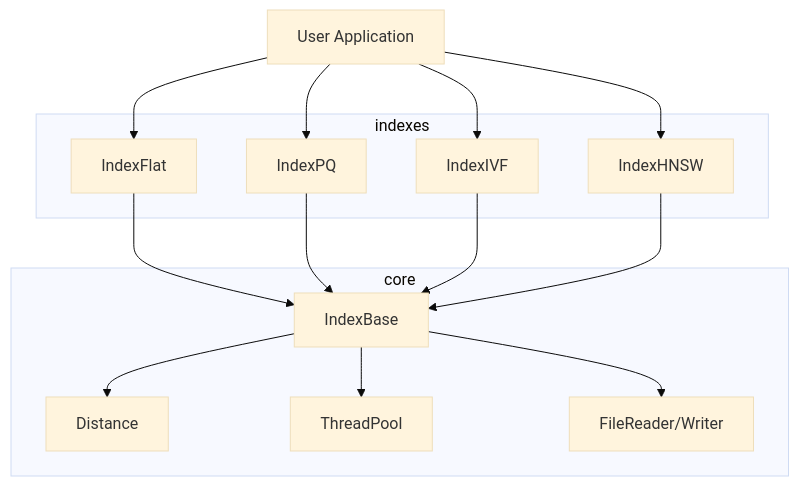
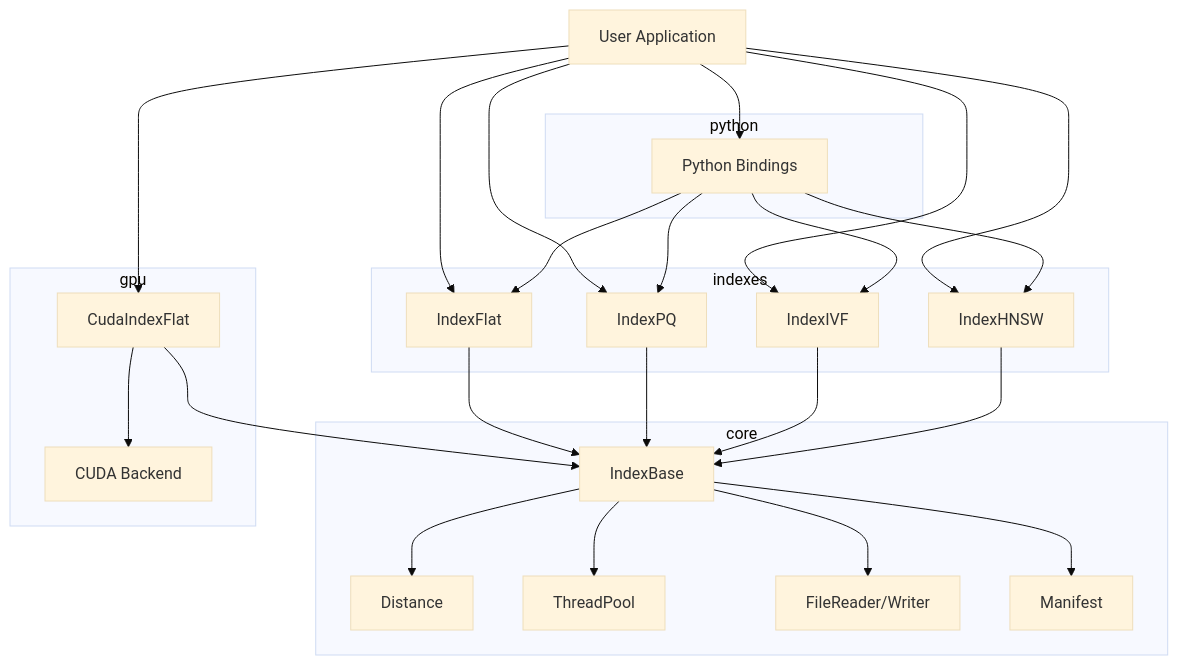
Before and after one commit to ruskaruma/Helix: the diagram in README.md, drawn with Mermaid (base theme). The commit also changed other lines of this file and 8 other files, not shown here.

````diff
--- a/README.md
+++ b/README.md
@@ -66,31 +65,51 @@
 ```mermaid
 graph TD
     app[User Application]
     subgraph core
         idxBase[IndexBase]
         dist[Distance]
         thread[ThreadPool]
         io[FileReader/Writer]
+        manifest[Manifest]
     end
 
     subgraph indexes
         flat[IndexFlat]
         pq[IndexPQ]
         ivf[IndexIVF]
         hnsw[IndexHNSW]
     end
 
+    subgraph gpu
+        cuda[CUDA Backend]
+        cudaFlat[CudaIndexFlat]
+    end
+
+    subgraph python
+        pybind[Python Bindings]
+    end
+
     app --> flat
     app --> pq
     app --> ivf
     app --> hnsw
+    app --> cudaFlat
+    app --> pybind
 
     flat --> idxBase
     pq --> idxBase
     ivf --> idxBase
     hnsw --> idxBase
+    cudaFlat --> idxBase
 
     idxBase --> dist
     idxBase --> thread
     idxBase --> io
+    idxBase --> manifest
+
+    cudaFlat --> cuda
+    pybind --> flat
+    pybind --> pq
+    pybind --> ivf
+    pybind --> hnsw
 ```
````
